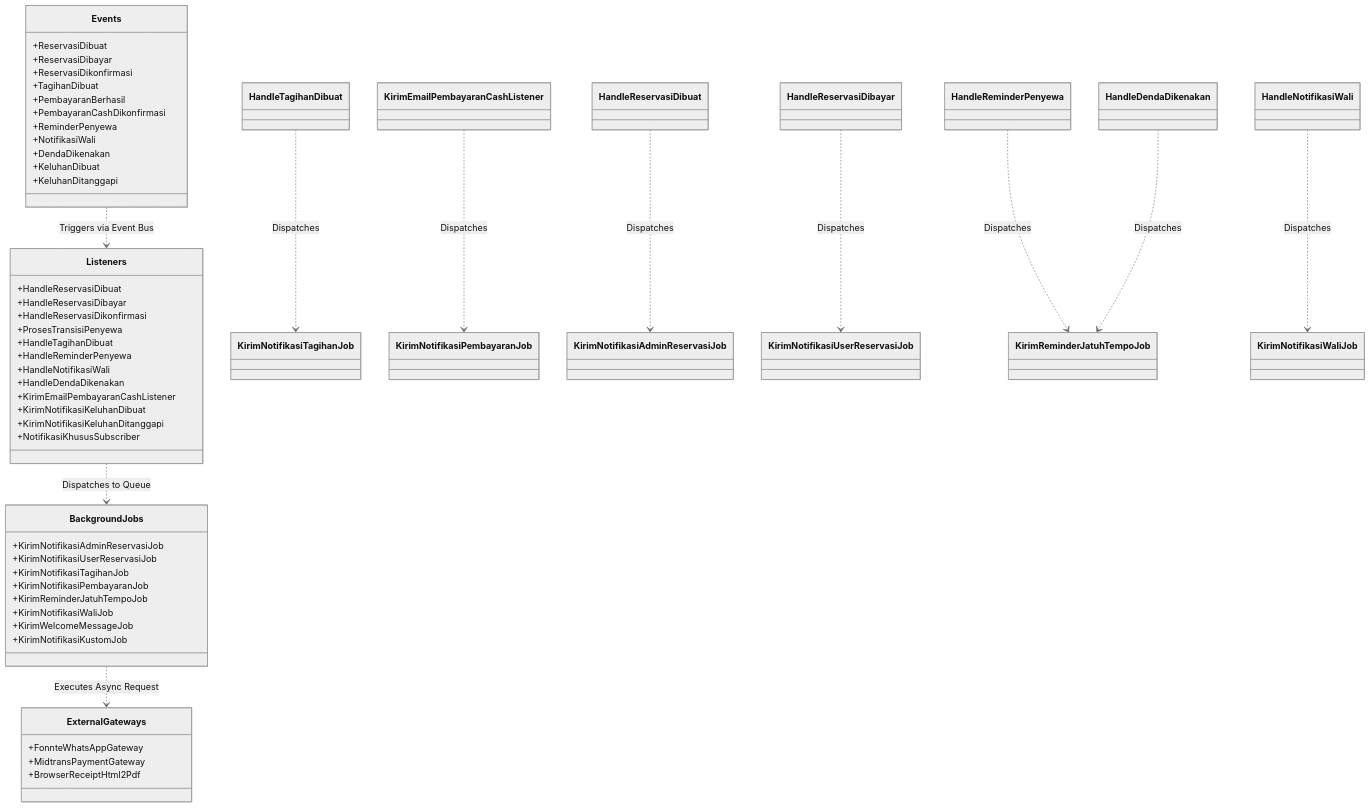
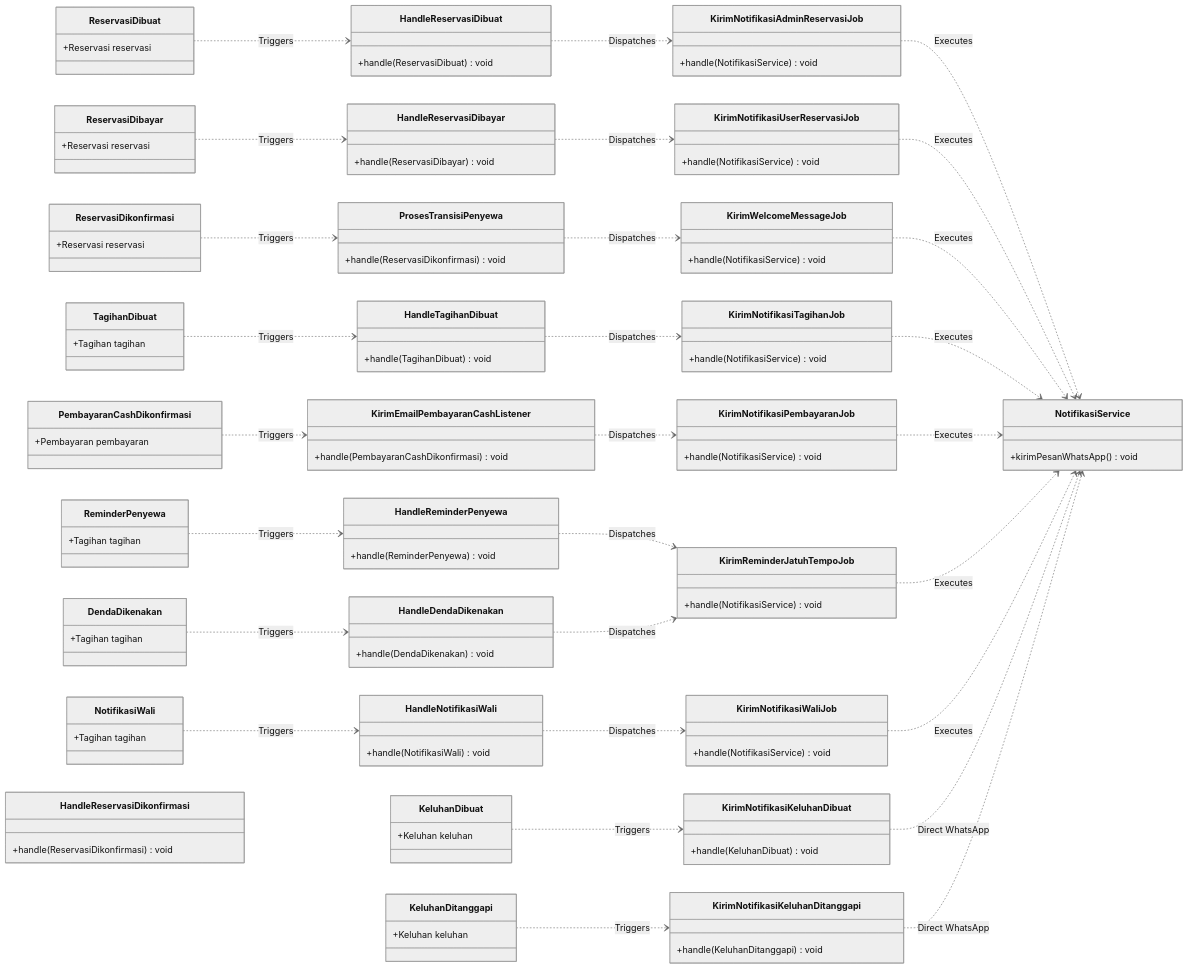
Before and after one commit to rafifarsyapradiva/asri-boarding-house: the diagram in Blueprint/class/class_relasi_event_queue_pipeline.mmd, drawn with Mermaid (neutral theme). The commit also changed 27 other files, not shown here.

Commit message:
docs(class-diagram): sempurnakan desain oop, tata letak visual lr/tb, dan resolusi tinggi 14k untuk seluruh diagram kelas

```diff
--- a/Blueprint/class/class_relasi_event_queue_pipeline.mmd
+++ b/Blueprint/class/class_relasi_event_queue_pipeline.mmd
@@ -1,59 +1,73 @@
 classDiagram
-    direction TB
+    direction LR
 
-    class Events {
-        +ReservasiDibuat
-        +ReservasiDibayar
-        +ReservasiDikonfirmasi
-        +TagihanDibuat
-        +PembayaranBerhasil
-        +PembayaranCashDikonfirmasi
-        +ReminderPenyewa
-        +NotifikasiWali
-        +DendaDikenakan
-        +KeluhanDibuat
-        +KeluhanDitanggapi
-    }
+    class ReservasiDibuat { +Reservasi reservasi }
+    class ReservasiDibayar { +Reservasi reservasi }
+    class ReservasiDikonfirmasi { +Reservasi reservasi }
+    class TagihanDibuat { +Tagihan tagihan }
+    class PembayaranCashDikonfirmasi { +Pembayaran pembayaran }
+    class ReminderPenyewa { +Tagihan tagihan }
+    class NotifikasiWali { +Tagihan tagihan }
+    class DendaDikenakan { +Tagihan tagihan }
+    class KeluhanDibuat { +Keluhan keluhan }
+    class KeluhanDitanggapi { +Keluhan keluhan }
 
-    class Listeners {
-        +HandleReservasiDibuat
-        +HandleReservasiDibayar
-        +HandleReservasiDikonfirmasi
-        +ProsesTransisiPenyewa
-        +HandleTagihanDibuat
-        +HandleReminderPenyewa
-        +HandleNotifikasiWali
-        +HandleDendaDikenakan
-        +KirimEmailPembayaranCashListener
-        +KirimNotifikasiKeluhanDibuat
-        +KirimNotifikasiKeluhanDitanggapi
-        +NotifikasiKhususSubscriber
-    }
+    class HandleReservasiDibuat { +handle(ReservasiDibuat) void }
+    class HandleReservasiDibayar { +handle(ReservasiDibayar) void }
+    class HandleReservasiDikonfirmasi { +handle(ReservasiDikonfirmasi) void }
+    class ProsesTransisiPenyewa { +handle(ReservasiDikonfirmasi) void }
+    class HandleTagihanDibuat { +handle(TagihanDibuat) void }
+    class HandleReminderPenyewa { +handle(ReminderPenyewa) void }
+    class HandleNotifikasiWali { +handle(NotifikasiWali) void }
+    class HandleDendaDikenakan { +handle(DendaDikenakan) void }
+    class KirimEmailPembayaranCashListener { +handle(PembayaranCashDikonfirmasi) void }
+    class KirimNotifikasiKeluhanDibuat { +handle(KeluhanDibuat) void }
+    class KirimNotifikasiKeluhanDitanggapi { +handle(KeluhanDitanggapi) void }
 
-    class BackgroundJobs {
-        +KirimNotifikasiAdminReservasiJob
-        +KirimNotifikasiUserReservasiJob
-        +KirimNotifikasiTagihanJob
-        +KirimNotifikasiPembayaranJob
-        +KirimReminderJatuhTempoJob
-        +KirimNotifikasiWaliJob
-        +KirimWelcomeMessageJob
-        +KirimNotifikasiKustomJob
-    }
+    class KirimNotifikasiAdminReservasiJob { +handle(NotifikasiService) void }
+    class KirimNotifikasiUserReservasiJob { +handle(NotifikasiService) void }
+    class KirimWelcomeMessageJob { +handle(NotifikasiService) void }
+    class KirimNotifikasiTagihanJob { +handle(NotifikasiService) void }
+    class KirimNotifikasiPembayaranJob { +handle(NotifikasiService) void }
+    class KirimReminderJatuhTempoJob { +handle(NotifikasiService) void }
+    class KirimNotifikasiWaliJob { +handle(NotifikasiService) void }
 
-    class ExternalGateways {
-        +FonnteWhatsAppGateway
-        +MidtransPaymentGateway
-        +BrowserReceiptHtml2Pdf
-    }
+    class NotifikasiService { +kirimPesanWhatsApp() void }
 
-    Events ..> Listeners : Triggers via Event Bus
-    Listeners ..> BackgroundJobs : Dispatches to Queue
-    BackgroundJobs ..> ExternalGateways : Executes Async Request
+    %% Pipeline Event -> Listener -> Queue Job -> Service %%
+    ReservasiDibuat ..> HandleReservasiDibuat : Triggers
+    HandleReservasiDibuat ..> KirimNotifikasiAdminReservasiJob : Dispatches
+    KirimNotifikasiAdminReservasiJob ..> NotifikasiService : Executes
+
+    ReservasiDibayar ..> HandleReservasiDibayar : Triggers
+    HandleReservasiDibayar ..> KirimNotifikasiUserReservasiJob : Dispatches
+    KirimNotifikasiUserReservasiJob ..> NotifikasiService : Executes
+
+    ReservasiDikonfirmasi ..> ProsesTransisiPenyewa : Triggers
+    ProsesTransisiPenyewa ..> KirimWelcomeMessageJob : Dispatches
+    KirimWelcomeMessageJob ..> NotifikasiService : Executes
+
+    TagihanDibuat ..> HandleTagihanDibuat : Triggers
     HandleTagihanDibuat ..> KirimNotifikasiTagihanJob : Dispatches
+    KirimNotifikasiTagihanJob ..> NotifikasiService : Executes
+
+    PembayaranCashDikonfirmasi ..> KirimEmailPembayaranCashListener : Triggers
     KirimEmailPembayaranCashListener ..> KirimNotifikasiPembayaranJob : Dispatches
-    HandleReservasiDibuat ..> KirimNotifikasiAdminReservasiJob : Dispatches
-    HandleReservasiDibayar ..> KirimNotifikasiUserReservasiJob : Dispatches
+    KirimNotifikasiPembayaranJob ..> NotifikasiService : Executes
+
+    ReminderPenyewa ..> HandleReminderPenyewa : Triggers
     HandleReminderPenyewa ..> KirimReminderJatuhTempoJob : Dispatches
+
+    NotifikasiWali ..> HandleNotifikasiWali : Triggers
     HandleNotifikasiWali ..> KirimNotifikasiWaliJob : Dispatches
+
+    DendaDikenakan ..> HandleDendaDikenakan : Triggers
     HandleDendaDikenakan ..> KirimReminderJatuhTempoJob : Dispatches
+    KirimReminderJatuhTempoJob ..> NotifikasiService : Executes
+    KirimNotifikasiWaliJob ..> NotifikasiService : Executes
+
+    KeluhanDibuat ..> KirimNotifikasiKeluhanDibuat : Triggers
+    KirimNotifikasiKeluhanDibuat ..> NotifikasiService : Direct WhatsApp
+
+    KeluhanDitanggapi ..> KirimNotifikasiKeluhanDitanggapi : Triggers
+    KirimNotifikasiKeluhanDitanggapi ..> NotifikasiService : Direct WhatsApp
```
